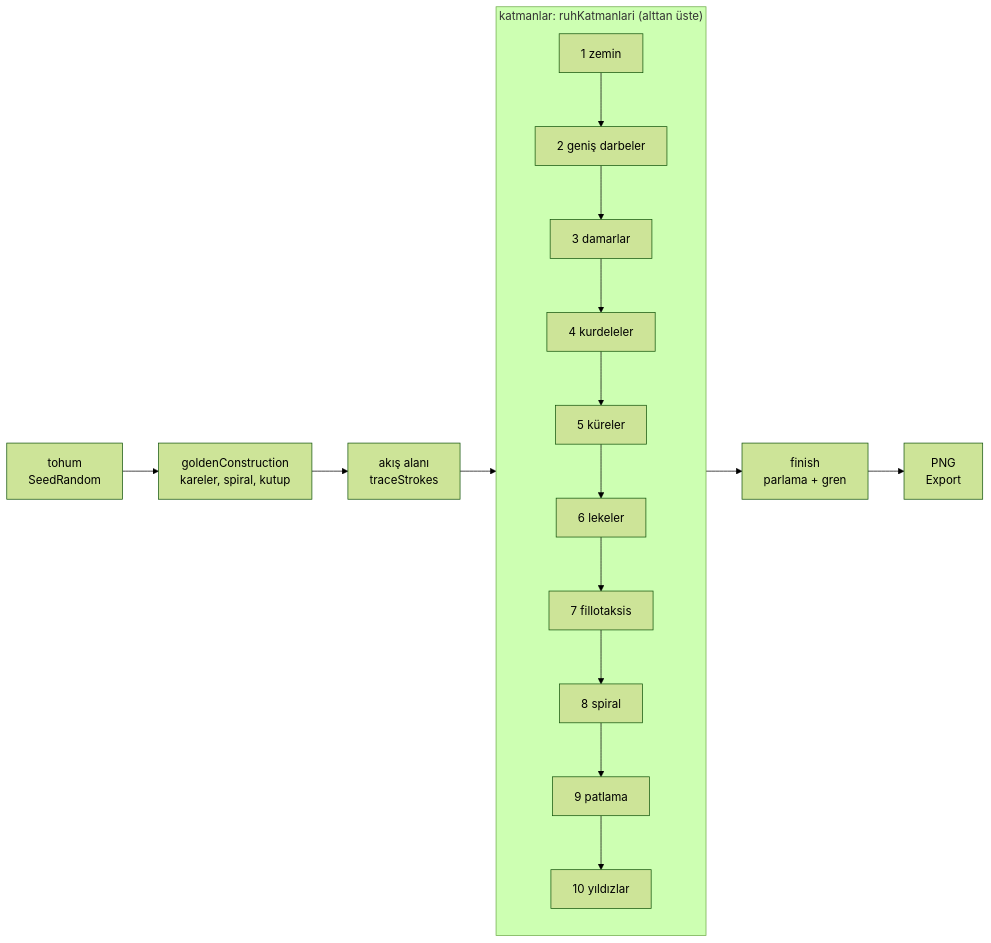
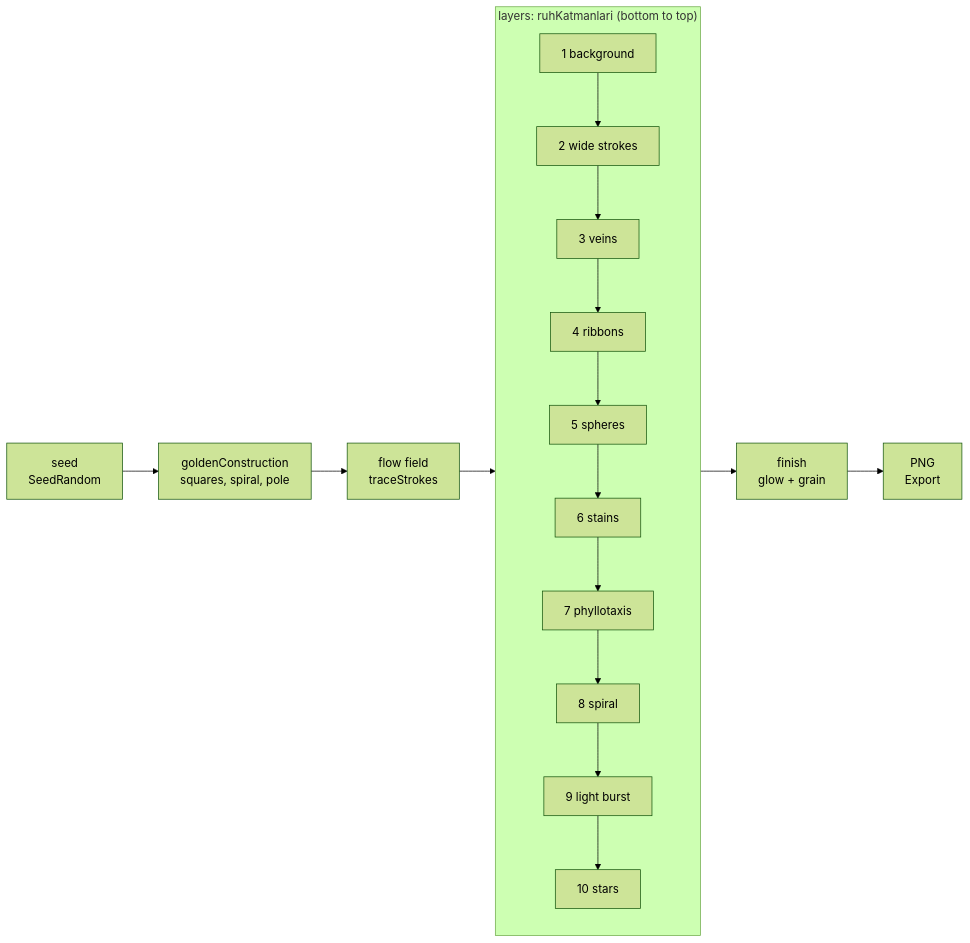
The diagram in README.md (beriltatli/mathematica-sanat), drawn with Mermaid (forest theme) before and after one commit. The commit also changed other lines of this file and 23 other files, not shown here.

````diff
--- a/README.md
+++ b/README.md
@@ -175,13 +241,13 @@
 ```mermaid
 flowchart LR
-    T["tohum<br/>SeedRandom"] --> G["goldenConstruction<br/>kareler, spiral, kutup"]
-    G --> A["akış alanı<br/>traceStrokes"]
+    T["seed<br/>SeedRandom"] --> G["goldenConstruction<br/>squares, spiral, pole"]
+    G --> A["flow field<br/>traceStrokes"]
     A --> K
-    subgraph K["katmanlar: ruhKatmanlari (alttan üste)"]
+    subgraph K["layers: ruhKatmanlari (bottom to top)"]
         direction TB
-        k1["1 zemin"] --> k2["2 geniş darbeler"] --> k3["3 damarlar"] --> k4["4 kurdeleler"] --> k5["5 küreler"]
-        k5 --> k6["6 lekeler"] --> k7["7 fillotaksis"] --> k8["8 spiral"] --> k9["9 patlama"] --> k10["10 yıldızlar"]
+        k1["1 background"] --> k2["2 wide strokes"] --> k3["3 veins"] --> k4["4 ribbons"] --> k5["5 spheres"]
+        k5 --> k6["6 stains"] --> k7["7 phyllotaxis"] --> k8["8 spiral"] --> k9["9 light burst"] --> k10["10 stars"]
     end
-    K --> F["finish<br/>parlama + gren"]
+    K --> F["finish<br/>glow + grain"]
     F --> P["PNG<br/>Export"]
 ```
````
